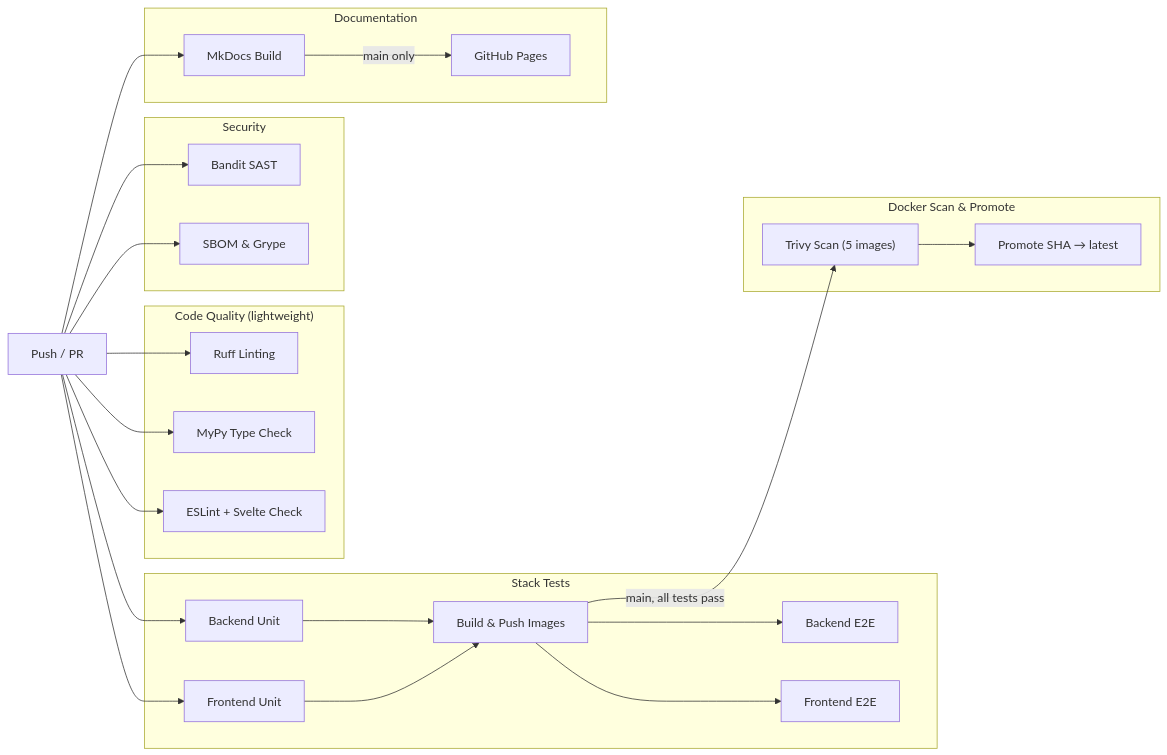
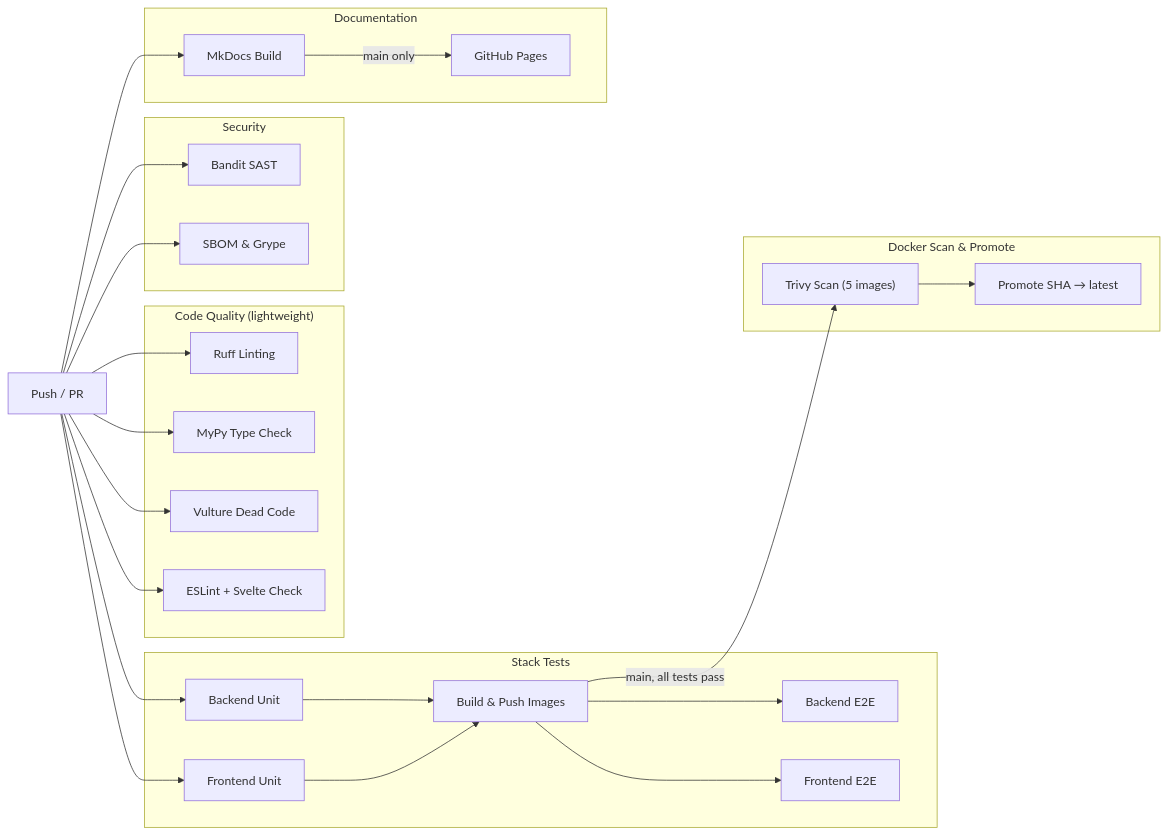
One commit to HardMax71/Integr8sCode changed the first of 3 diagrams in docs/operations/cicd.md. Above: the diagram before and after it, drawn with Mermaid. The commit also changed other lines of this file and 58 other files, not shown here.

First line of the commit message:
Feat/dead code (#178)

````diff
--- a/docs/operations/cicd.md
+++ b/docs/operations/cicd.md
@@ -9,40 +9,41 @@
 ```mermaid
 graph LR
     subgraph "Code Quality (lightweight)"
         Ruff["Ruff Linting"]
         MyPy["MyPy Type Check"]
+        Vulture["Vulture Dead Code"]
         ESLint["ESLint + Svelte Check"]
     end
 
     subgraph "Security"
         Bandit["Bandit SAST"]
         SBOM["SBOM & Grype"]
     end
 
     subgraph "Stack Tests"
         UnitBE["Backend Unit"]
         UnitFE["Frontend Unit"]
         Build["Build & Push Images"]
         E2E_BE["Backend E2E"]
         E2E_FE["Frontend E2E"]
         UnitBE --> Build
         UnitFE --> Build
         Build --> E2E_BE
         Build --> E2E_FE
     end
 
     subgraph "Docker Scan & Promote"
         Scan["Trivy Scan (5 images)"]
         Promote["Promote SHA → latest"]
         Scan --> Promote
     end
 
     subgraph "Documentation"
         Docs["MkDocs Build"]
         Pages["GitHub Pages"]
     end
 
-    Push["Push / PR"] --> Ruff & MyPy & ESLint & Bandit & SBOM & UnitBE & UnitFE & Docs
+    Push["Push / PR"] --> Ruff & MyPy & Vulture & ESLint & Bandit & SBOM & UnitBE & UnitFE & Docs
     Build -->|main, all tests pass| Scan
     Docs -->|main only| Pages
 ```
````
